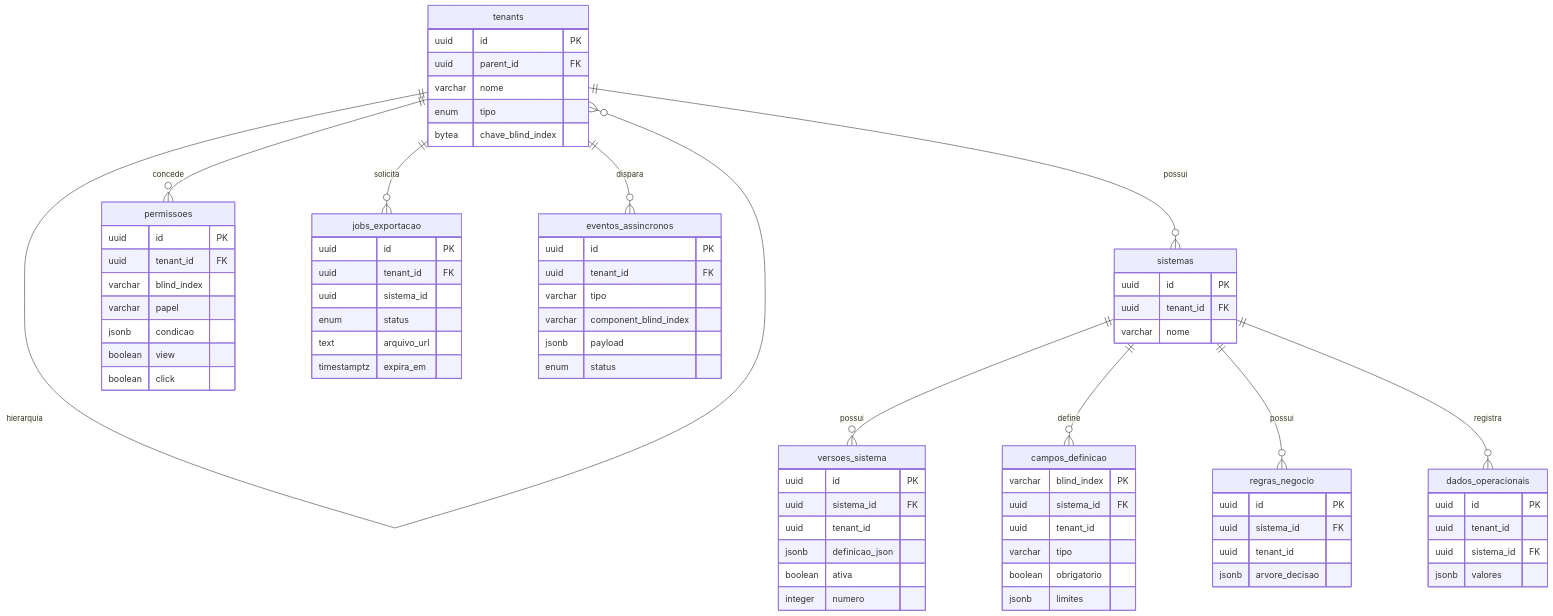
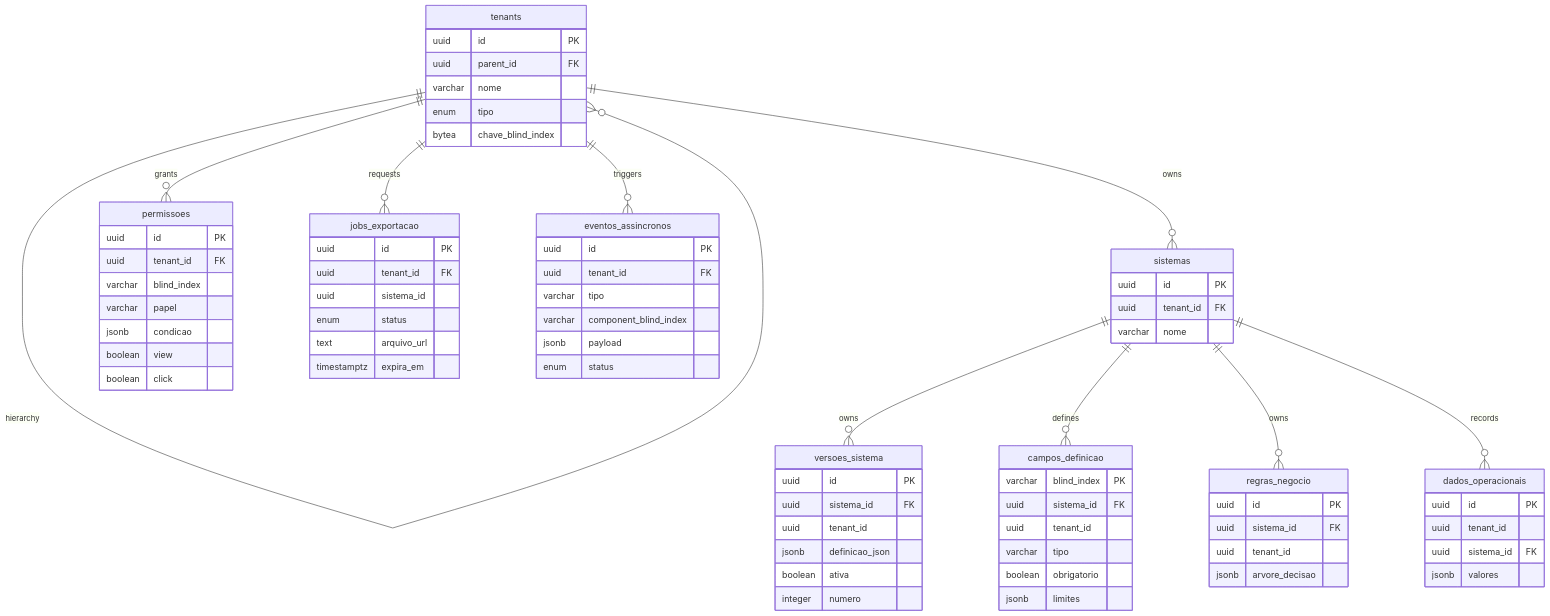
The diagram in specs/001-construtor-sistemas-mach-v4/data-model.md (GiovaniRodrigo/arquitetura-mach-saas-nocode), drawn with Mermaid before and after one commit. The commit also changed other lines of this file and 86 other files, not shown here.

````diff
--- a/specs/001-construtor-sistemas-mach-v4/data-model.md
+++ b/specs/001-construtor-sistemas-mach-v4/data-model.md
@@ -130,78 +130,78 @@
 ```mermaid
 erDiagram
     tenants {
         uuid id PK
         uuid parent_id FK
         varchar nome
         enum tipo
         bytea chave_blind_index
     }
     sistemas {
         uuid id PK
         uuid tenant_id FK
         varchar nome
     }
     versoes_sistema {
         uuid id PK
         uuid sistema_id FK
         uuid tenant_id
         jsonb definicao_json
         boolean ativa
         integer numero
     }
     campos_definicao {
         varchar blind_index PK
         uuid sistema_id FK
         uuid tenant_id
         varchar tipo
         boolean obrigatorio
         jsonb limites
     }
     regras_negocio {
         uuid id PK
         uuid sistema_id FK
         uuid tenant_id
         jsonb arvore_decisao
     }
     permissoes {
         uuid id PK
         uuid tenant_id FK
         varchar blind_index
         varchar papel
         jsonb condicao
         boolean view
         boolean click
     }
     dados_operacionais {
         uuid id PK
         uuid tenant_id
         uuid sistema_id FK
         jsonb valores
     }
     jobs_exportacao {
         uuid id PK
         uuid tenant_id FK
         uuid sistema_id
         enum status
         text arquivo_url
         timestamptz expira_em
     }
     eventos_assincronos {
         uuid id PK
         uuid tenant_id FK
         varchar tipo
         varchar component_blind_index
         jsonb payload
         enum status
     }
 
-    tenants ||--o{ tenants : hierarquia
-    tenants ||--o{ sistemas : possui
-    sistemas ||--o{ versoes_sistema : possui
-    sistemas ||--o{ campos_definicao : define
-    sistemas ||--o{ regras_negocio : possui
-    tenants ||--o{ permissoes : concede
-    sistemas ||--o{ dados_operacionais : registra
-    tenants ||--o{ jobs_exportacao : solicita
-    tenants ||--o{ eventos_assincronos : dispara
+    tenants ||--o{ tenants : hierarchy
+    tenants ||--o{ sistemas : owns
+    sistemas ||--o{ versoes_sistema : owns
+    sistemas ||--o{ campos_definicao : defines
+    sistemas ||--o{ regras_negocio : owns
+    tenants ||--o{ permissoes : grants
+    sistemas ||--o{ dados_operacionais : records
+    tenants ||--o{ jobs_exportacao : requests
+    tenants ||--o{ eventos_assincronos : triggers
 ```
````
